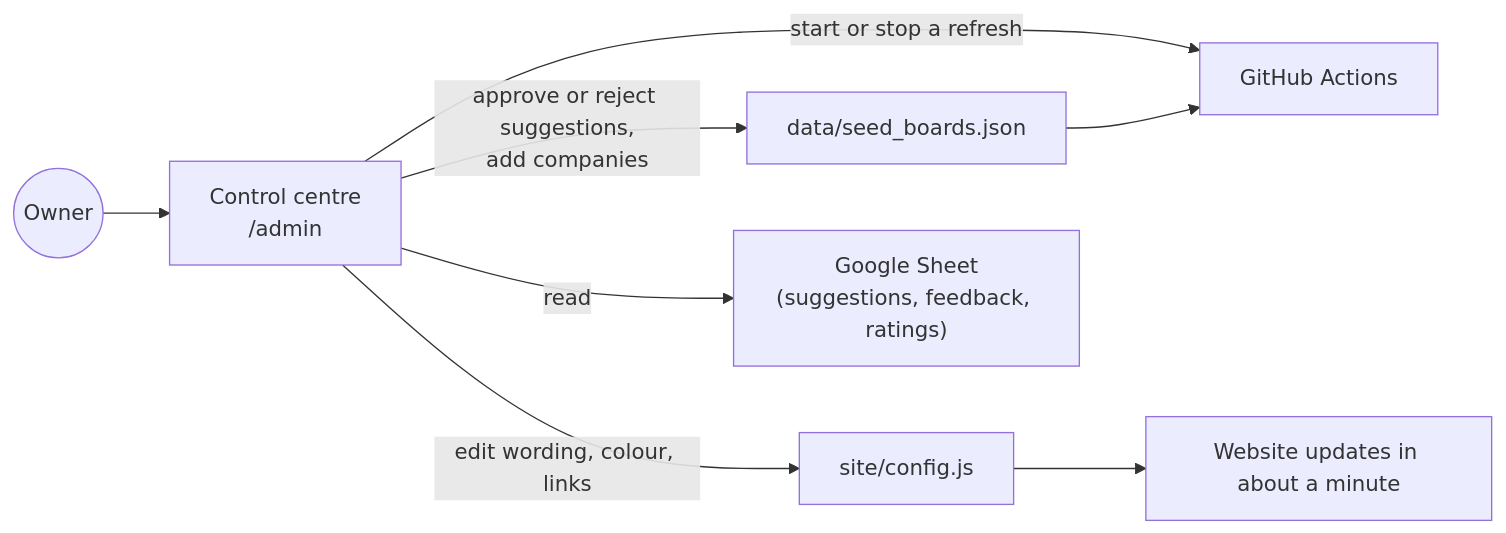
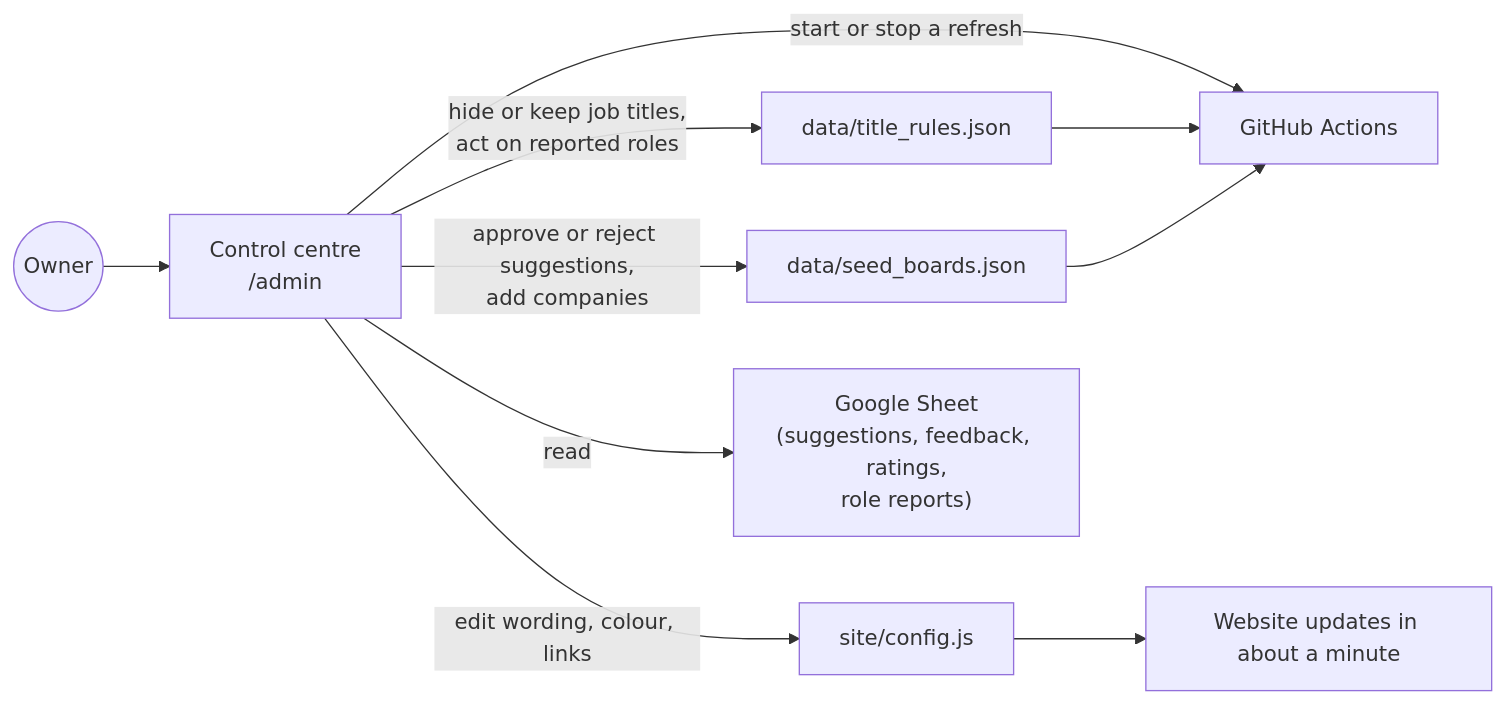
Before and after one commit to Advith023/sponsor-live-jobs: the fourth of 6 diagrams in docs/HOW_IT_WORKS.md, drawn with Mermaid. The commit also changed other lines of this file and 4 other files, not shown here.

Commit message:
Quality check: search, visitor reports with Hide, Ignore and Undo; guide and README updated

````diff
--- a/docs/HOW_IT_WORKS.md
+++ b/docs/HOW_IT_WORKS.md
@@ -141,10 +147,12 @@
 ```mermaid
 flowchart LR
     O(("Owner")) --> CC["Control centre<br/>/admin"]
     CC -->|"start or stop a refresh"| ACT["GitHub Actions"]
     CC -->|"approve or reject suggestions,<br/>add companies"| SEED["data/seed_boards.json"]
     CC -->|"edit wording, colour, links"| CFG["site/config.js"]
-    CC -->|"read"| FORM["Google Sheet<br/>(suggestions, feedback, ratings)"]
+    CC -->|"hide or keep job titles,<br/>act on reported roles"| RULES["data/title_rules.json"]
+    RULES --> ACT
+    CC -->|"read"| FORM["Google Sheet<br/>(suggestions, feedback, ratings,<br/>role reports)"]
     SEED --> ACT
     CFG --> PAGES["Website updates in about a minute"]
 ```
````
